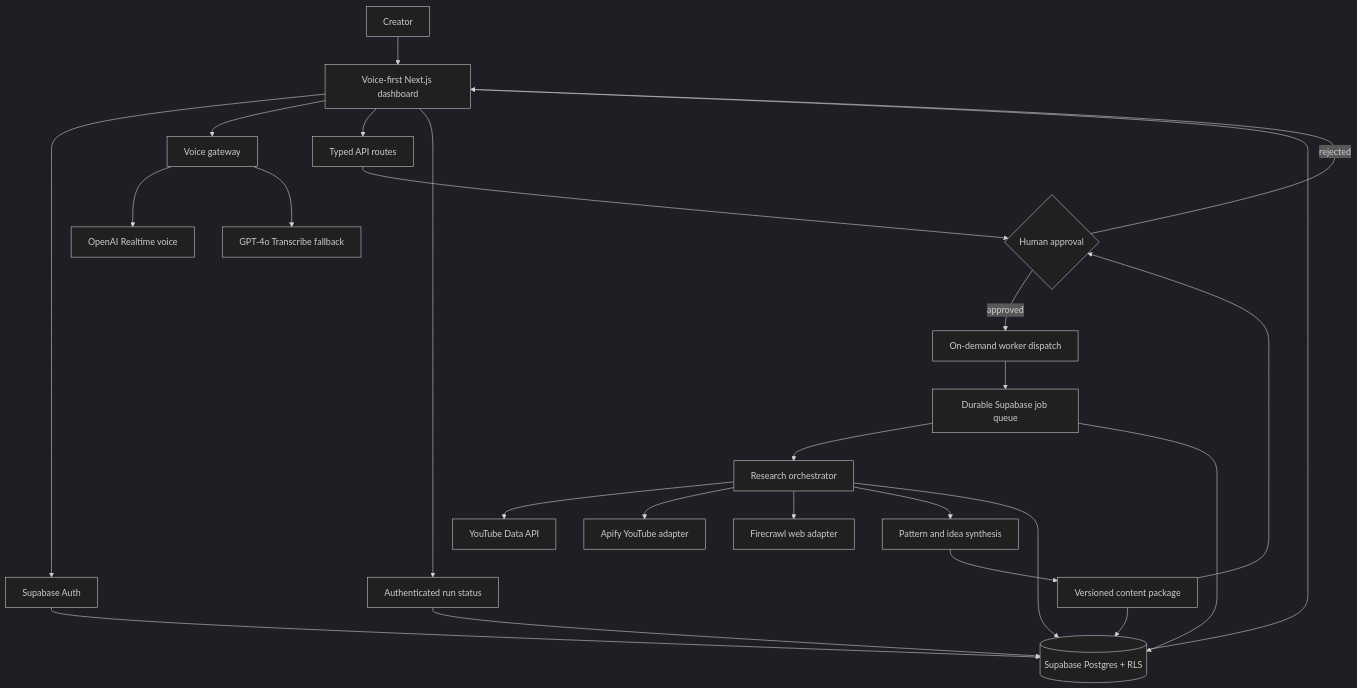
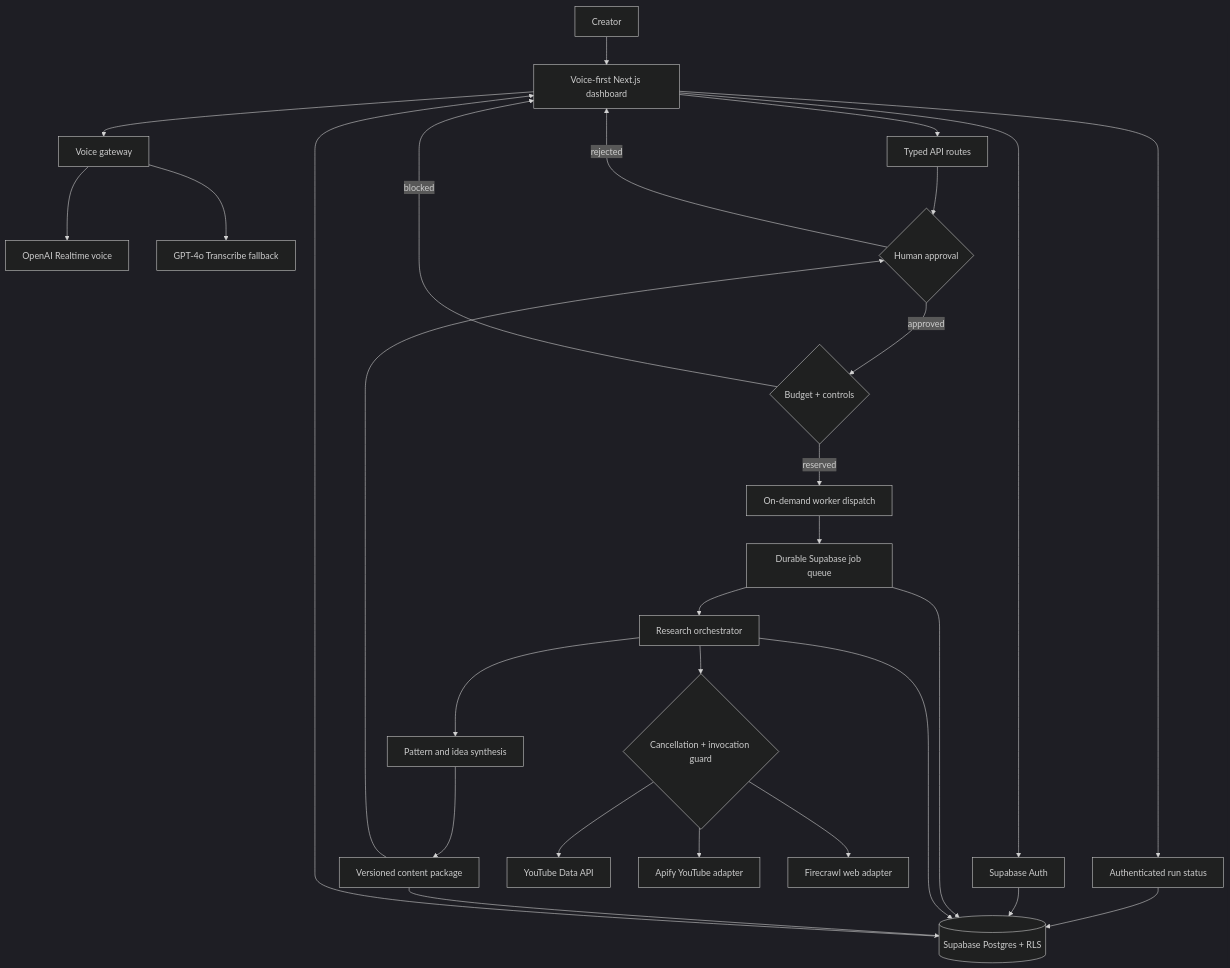
The first of 7 diagrams in README.md (satishgorantla1-sg7/youtube-growth-stack), drawn with Mermaid (dark theme) before and after one commit. The commit also changed other lines of this file and 7 other files, not shown here.

````diff
--- a/README.md
+++ b/README.md
@@ -13,27 +13,30 @@
 ```mermaid
 flowchart TB
   U[Creator] --> UI[Voice-first Next.js dashboard]
   UI --> AUTH[Supabase Auth]
   UI --> VOICE[Voice gateway]
   UI --> API[Typed API routes]
   VOICE --> RT[OpenAI Realtime voice]
   VOICE --> STT[GPT-4o Transcribe fallback]
   API --> APPROVAL{Human approval}
-  APPROVAL -->|approved| DISPATCH[On-demand worker dispatch]
+  APPROVAL -->|approved| SAFETY{Budget + controls}
   APPROVAL -->|rejected| UI
+  SAFETY -->|blocked| UI
+  SAFETY -->|reserved| DISPATCH[On-demand worker dispatch]
   DISPATCH --> JOBS[Durable Supabase job queue]
   UI --> STATUS[Authenticated run status]
   STATUS --> DB
   JOBS --> ORCH[Research orchestrator]
-  ORCH --> YT[YouTube Data API]
-  ORCH --> APIFY[Apify YouTube adapter]
-  ORCH --> FIRE[Firecrawl web adapter]
+  ORCH --> GUARD{Cancellation + invocation guard}
+  GUARD --> YT[YouTube Data API]
+  GUARD --> APIFY[Apify YouTube adapter]
+  GUARD --> FIRE[Firecrawl web adapter]
   ORCH --> SYNTH[Pattern and idea synthesis]
   SYNTH --> PACKAGE[Versioned content package]
   PACKAGE --> APPROVAL
   AUTH --> DB[(Supabase Postgres + RLS)]
   JOBS --> DB
   ORCH --> DB
   PACKAGE --> DB
   DB --> UI
 ```
````
